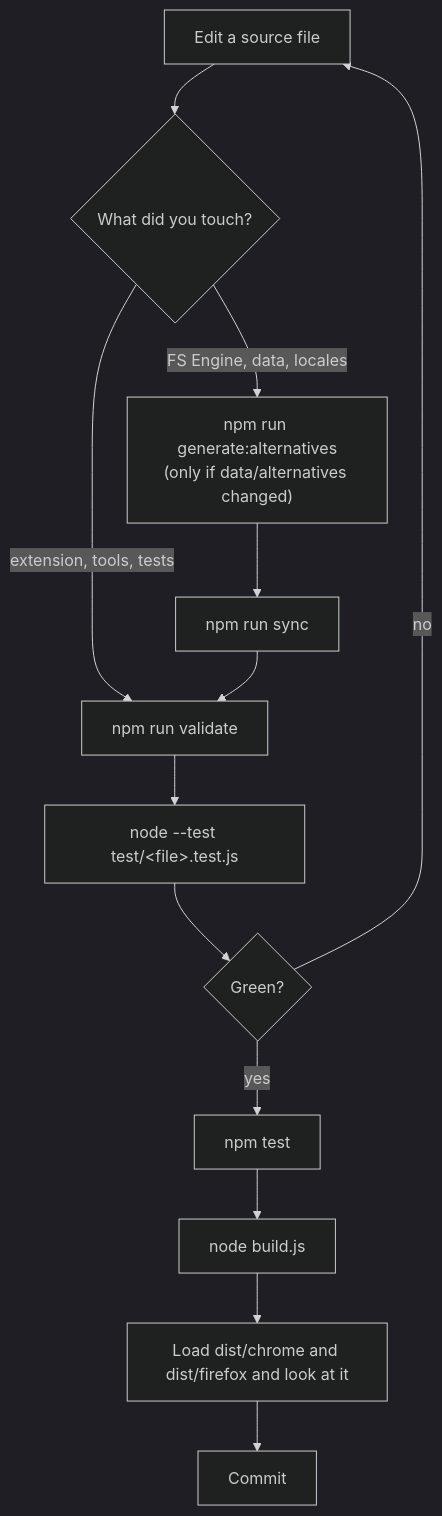
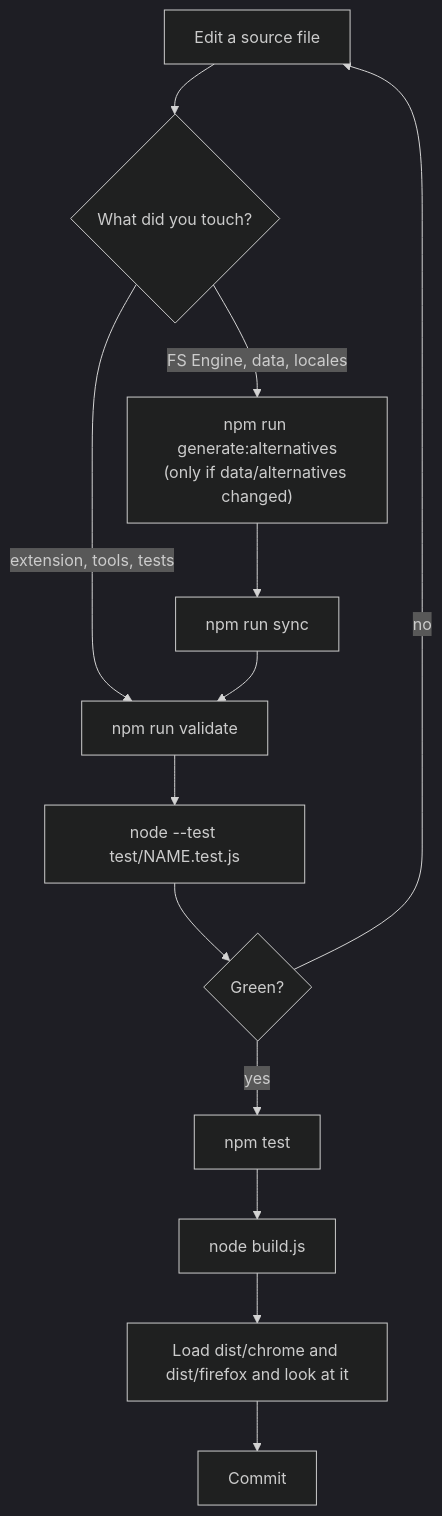
Before and after one commit to EeshGarg/FitShield: the diagram in docs/GETTING_STARTED.md, drawn with Mermaid (dark theme). The commit also changed other lines of this file and 28 other files, not shown here.

````diff
--- a/docs/GETTING_STARTED.md
+++ b/docs/GETTING_STARTED.md
@@ -86,15 +87,15 @@
 ```mermaid
 flowchart TD
     A[Edit a source file] --> B{What did you touch?}
-    B -->|FS Engine, data, locales| C["npm run generate:alternatives\n(only if data/alternatives changed)"]
+    B -->|FS Engine, data, locales| C["npm run generate:alternatives<br/>(only if data/alternatives changed)"]
     C --> D[npm run sync]
     B -->|extension, tools, tests| E[npm run validate]
     D --> E
-    E --> F["node --test test/&lt;file&gt;.test.js"]
+    E --> F["node --test test/NAME.test.js"]
     F --> G{Green?}
     G -->|no| A
     G -->|yes| H[npm test]
     H --> I[node build.js]
     I --> J[Load dist/chrome and dist/firefox and look at it]
     J --> K[Commit]
 ```
````
